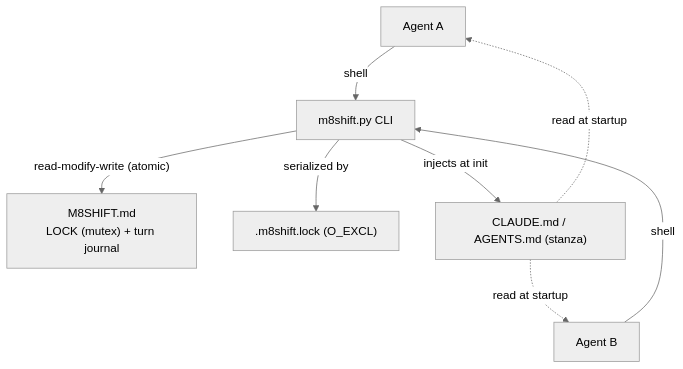
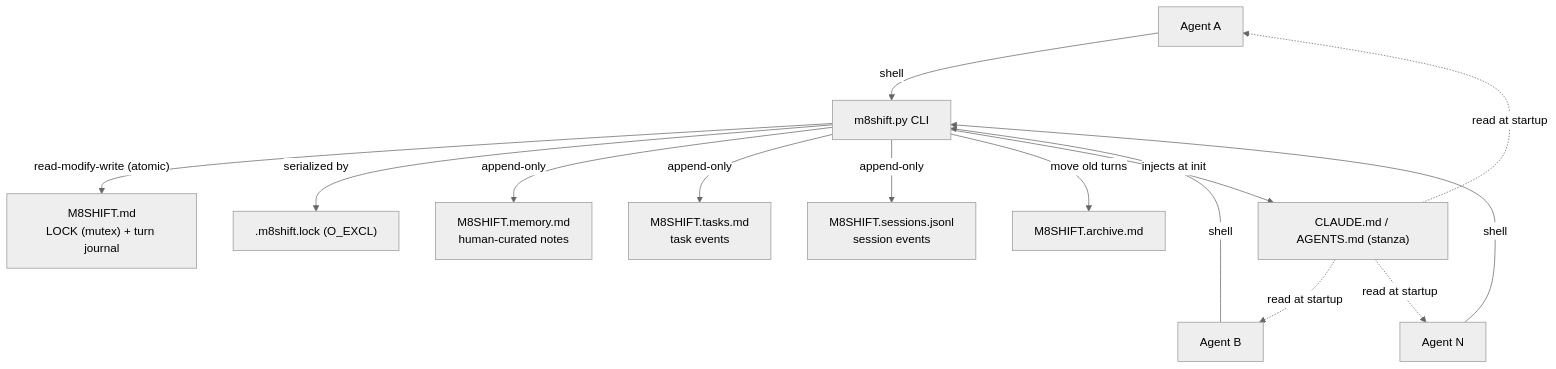
The first of 4 diagrams in docs/en/architecture.md (M8Shift/M8Shift), drawn with Mermaid (neutral theme) before and after one commit. The commit also changed other lines of this file and 14 other files, not shown here.

````diff
--- a/docs/en/architecture.md
+++ b/docs/en/architecture.md
@@ -76,10 +83,16 @@
 ```mermaid
 flowchart TB
     A["Agent A"] -- shell --> CLI["m8shift.py CLI"]
     B["Agent B"] -- shell --> CLI
+    N["Agent N"] -- shell --> CLI
     CLI -- "read-modify-write (atomic)" --> LK["M8SHIFT.md<br/>LOCK (mutex) + turn journal"]
     CLI -- "serialized by" --> LF[".m8shift.lock (O_EXCL)"]
+    CLI -- "append-only" --> MEM["M8SHIFT.memory.md<br/>human-curated notes"]
+    CLI -- "append-only" --> TASK["M8SHIFT.tasks.md<br/>task events"]
+    CLI -- "append-only" --> SESS["M8SHIFT.sessions.jsonl<br/>session events"]
+    CLI -- "move old turns" --> ARC["M8SHIFT.archive.md"]
     CLI -- "injects at init" --> AN["CLAUDE.md / AGENTS.md (stanza)"]
     AN -. "read at startup" .-> A
     AN -. "read at startup" .-> B
+    AN -. "read at startup" .-> N
 ```
````
